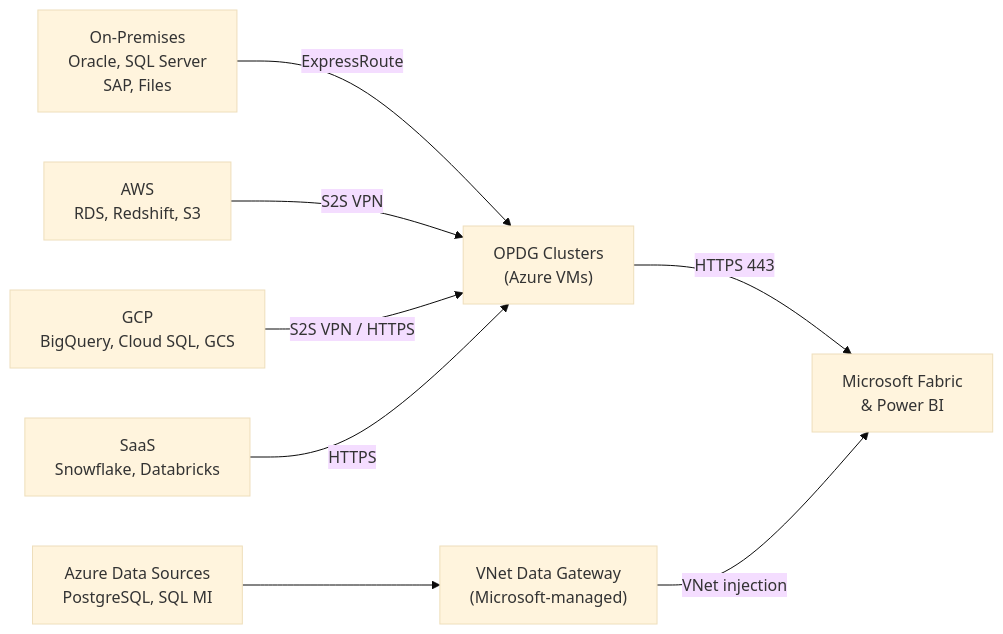
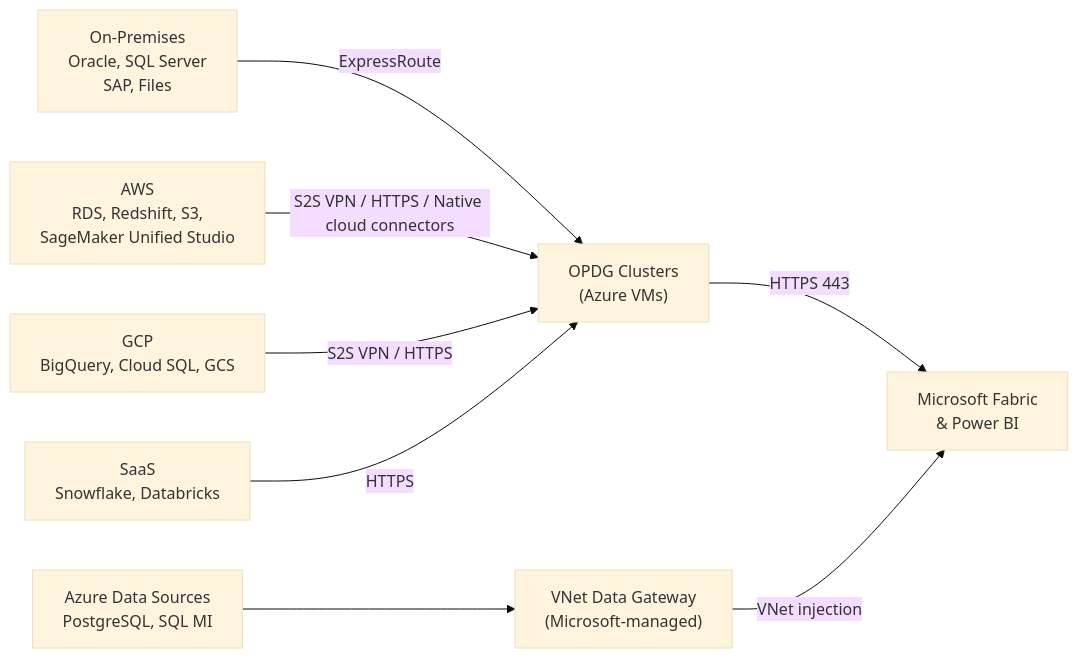
One commit to cyphou/Fabric-Gateway changed the diagram in README.md. Above: the diagram before and after it, drawn with Mermaid (base theme). The commit also changed other lines of this file and 3 other files, not shown here.

````diff
--- a/README.md
+++ b/README.md
@@ -9,22 +9,22 @@
 ```mermaid
 graph LR
     OnPrem["On-Premises\nOracle, SQL Server\nSAP, Files"]
-    AWS["AWS\nRDS, Redshift, S3"]
+    AWS["AWS\nRDS, Redshift, S3,\nSageMaker Unified Studio"]
     GCP["GCP\nBigQuery, Cloud SQL, GCS"]
     SaaS["SaaS\nSnowflake, Databricks"]
     AzureDS["Azure Data Sources\nPostgreSQL, SQL MI"]
 
     OPDG["OPDG Clusters\n(Azure VMs)"]
     VNetGW["VNet Data Gateway\n(Microsoft-managed)"]
 
     Fabric["Microsoft Fabric\n& Power BI"]
 
     OnPrem -->|ExpressRoute| OPDG
-    AWS -->|S2S VPN| OPDG
+    AWS -->|S2S VPN / HTTPS / Native cloud connectors| OPDG
     GCP -->|S2S VPN / HTTPS| OPDG
     SaaS -->|HTTPS| OPDG
     AzureDS --> VNetGW
 
     OPDG -->|HTTPS 443| Fabric
     VNetGW -->|VNet injection| Fabric
 ```
````
